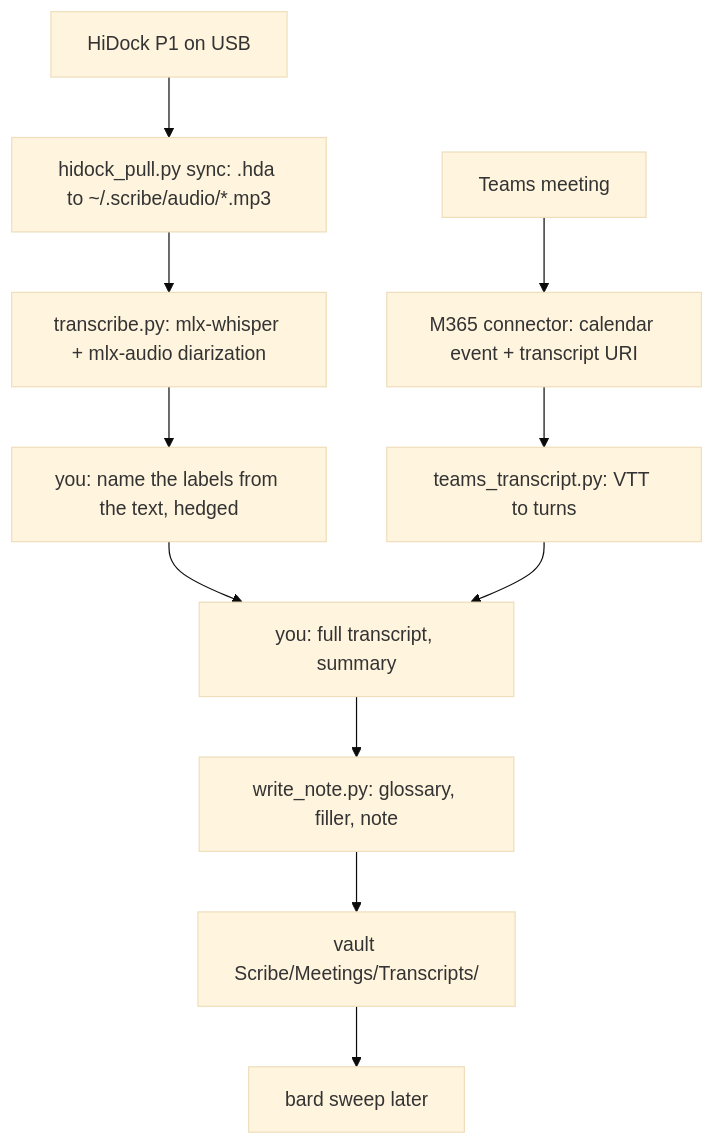
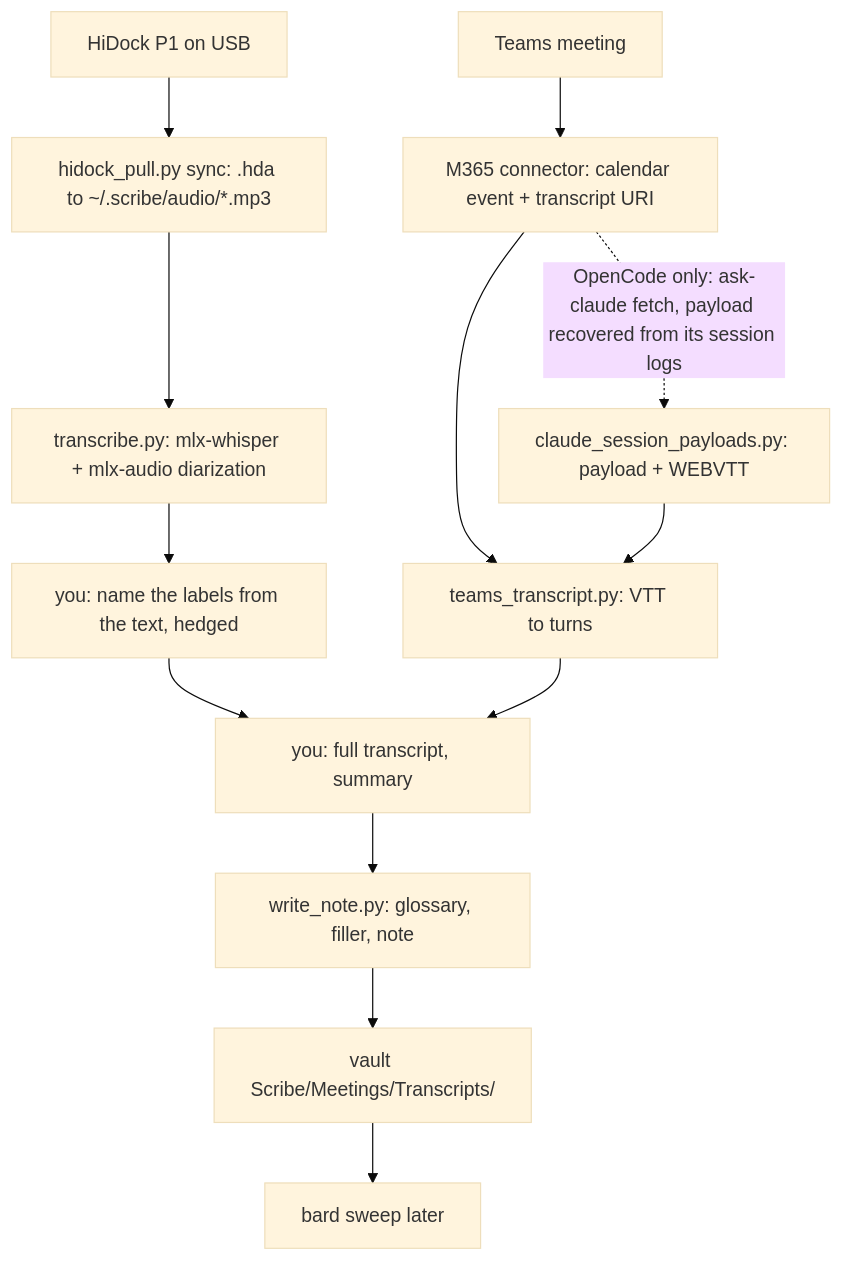
One commit to acastro2/alex-skills changed the diagram in scribe/SKILL.md. Above: the diagram before and after it, drawn with Mermaid (base theme). The commit also changed other lines of this file and 19 other files, not shown here.

First line of the commit message:
feat(skills): add Jev typed gates and OpenCode Teams recovery for scribe

````diff
--- a/scribe/SKILL.md
+++ b/scribe/SKILL.md
@@ -22,13 +23,15 @@
 ```mermaid
 graph TD
   T[Teams meeting] --> T2[M365 connector: calendar event + transcript URI]
   T2 --> P1[teams_transcript.py: VTT to turns]
+  T2 -.OpenCode only: ask-claude fetch, payload recovered from its session logs.-> S[claude_session_payloads.py: payload + WEBVTT]
+  S --> P1
   H[HiDock P1 on USB] --> H2[hidock_pull.py sync: .hda to ~/.scribe/audio/*.mp3]
   H2 --> H3[transcribe.py: mlx-whisper + mlx-audio diarization]
   H3 --> H4[you: name the labels from the text, hedged]
   H4 --> C[you: full transcript, summary]
   P1 --> C
   C --> W[write_note.py: glossary, filler, note]
   W --> O[vault Scribe/Meetings/Transcripts/]
   O --> B[bard sweep later]
 ```
````
